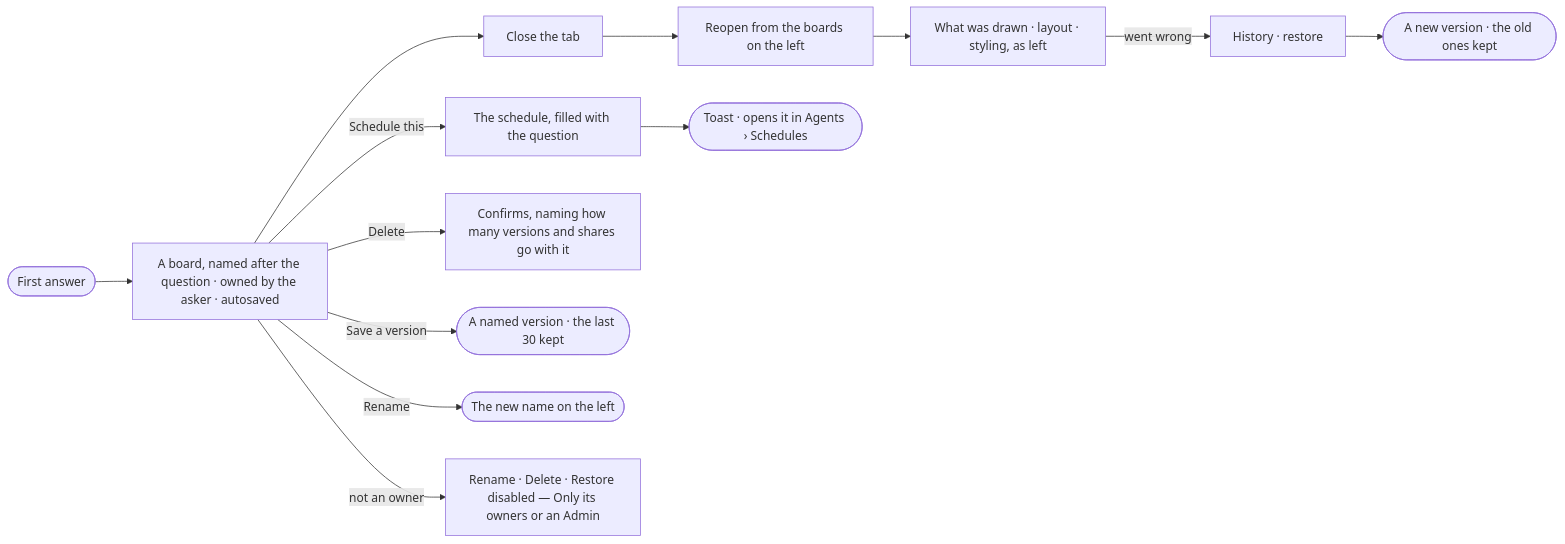
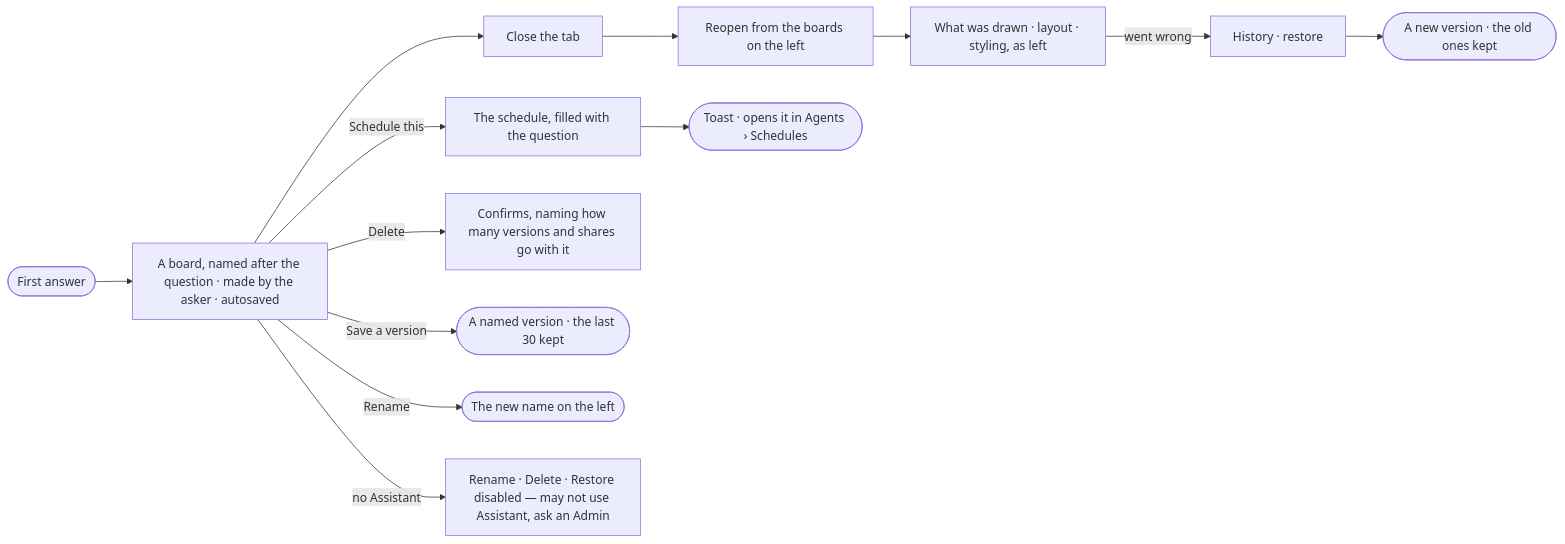
The diagram in specs/capabilities/explore/features/EX-F01-the-board-and-its-canvas/stories/EX-07-keep-a-board/story.md (invana/invana), drawn with Mermaid before and after one commit. The commit also changed other lines of this file and 300 other files, not shown here.

````diff
--- a/specs/capabilities/explore/features/EX-F01-the-board-and-its-canvas/stories/EX-07-keep-a-board/story.md
+++ b/specs/capabilities/explore/features/EX-F01-the-board-and-its-canvas/stories/EX-07-keep-a-board/story.md
@@ -27,12 +29,12 @@
 ```mermaid
 flowchart LR
-  a([First answer]) --> b["A board, named after the question · owned by the asker · autosaved"]
+  a([First answer]) --> b["A board, named after the question · made by the asker · autosaved"]
   b --> c["Close the tab"] --> o["Reopen from the boards on the left"]
   o --> r["What was drawn · layout · styling, as left"]
   r -->|went wrong| h["History · restore"] --> v(["A new version · the old ones kept"])
   b -->|Schedule this| d["The schedule, filled with the question"] --> t(["Toast · opens it in Agents › Schedules"])
   b -->|Delete| x["Confirms, naming how many versions and shares go with it"]
   b -->|Save a version| m(["A named version · the last 30 kept"])
   b -->|Rename| rn(["The new name on the left"])
-  b -->|not an owner| no["Rename · Delete · Restore disabled — Only its owners or an Admin"]
+  b -->|no Assistant| no["Rename · Delete · Restore disabled — may not use Assistant, ask an Admin"]
 ```
````
